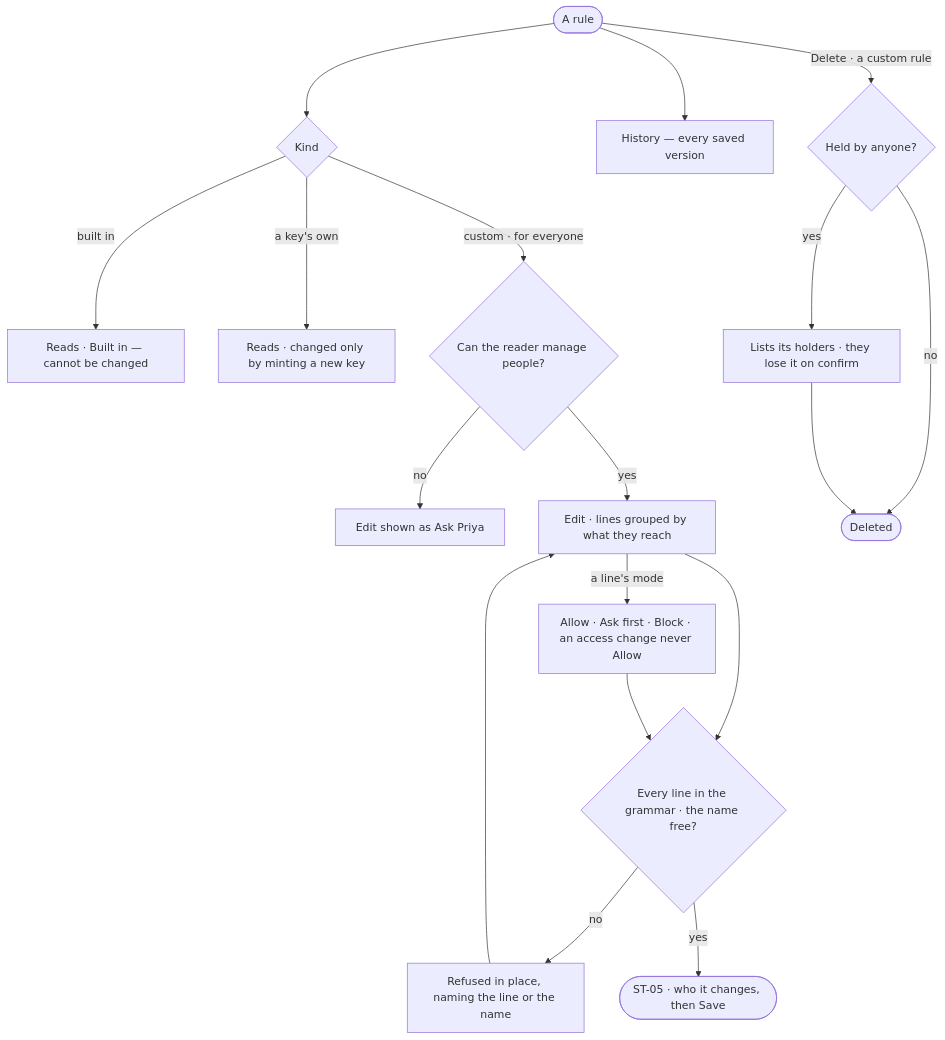
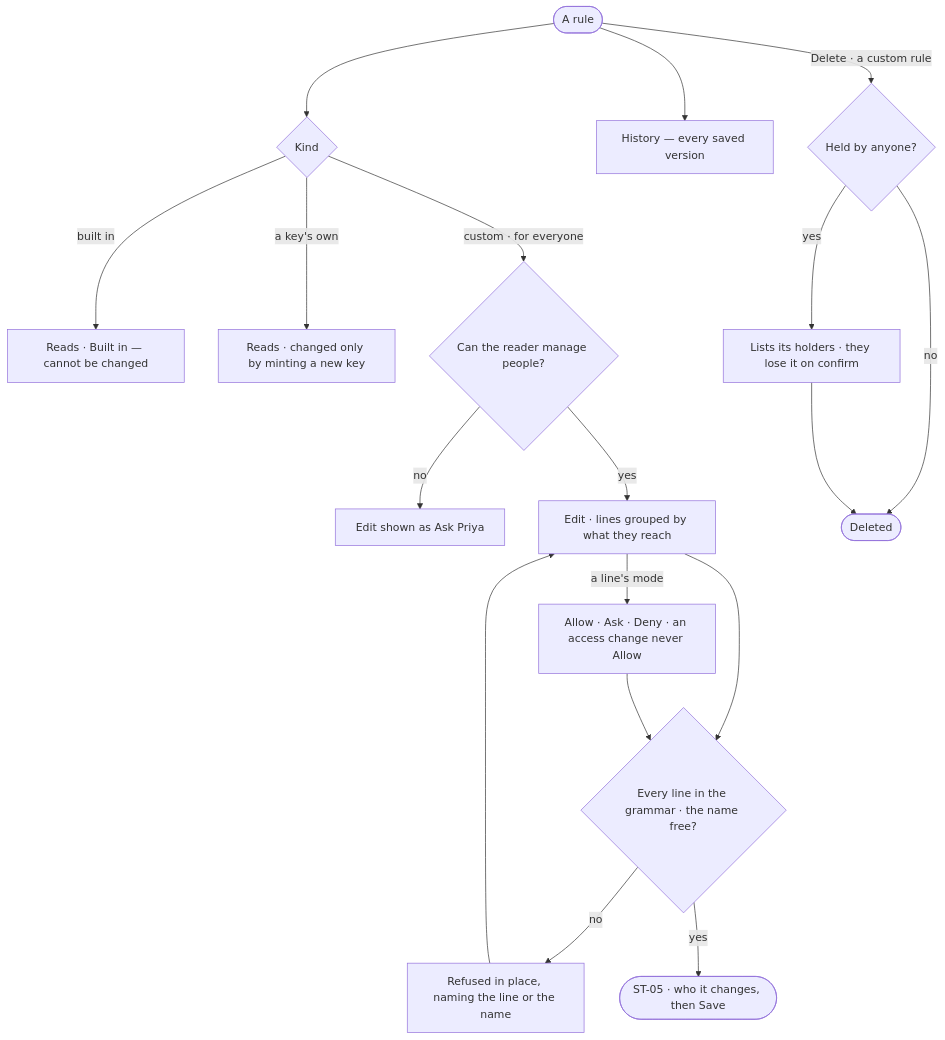
The diagram in specs/products/settings/features/ST-F02-people-and-access/stories/ST-02-say-exactly-what-an-access-rule-allows/story.md (invana/invana), drawn with Mermaid before and after one commit. The commit also changed other lines of this file and 30 other files, not shown here.

First line of the commit message:
docs: agent modes read Allow · Ask · Deny, set per Graph and per agent

````diff
--- a/specs/products/settings/features/ST-F02-people-and-access/stories/ST-02-say-exactly-what-an-access-rule-allows/story.md
+++ b/specs/products/settings/features/ST-F02-people-and-access/stories/ST-02-say-exactly-what-an-access-rule-allows/story.md
@@ -26,19 +26,19 @@
 ```mermaid
 flowchart TD
   r([A rule]) --> k{"Kind"}
   k -->|built in| bi["Reads · Built in — cannot be changed"]
   k -->|a key's own| ko["Reads · changed only by minting a new key"]
   k -->|custom · for everyone| ed{"Can the reader manage people?"}
   ed -->|no| ask["Edit shown as Ask Priya"]
   ed -->|yes| e["Edit · lines grouped by what they reach"]
   e --> v{"Every line in the grammar · the name free?"}
   v -->|no| ref["Refused in place, naming the line or the name"]
   ref --> e
   v -->|yes| imp(["ST-05 · who it changes, then Save"])
-  e -->|a line's mode| md["Allow · Ask first · Block · an access change never Allow"] --> v
+  e -->|a line's mode| md["Allow · Ask · Deny · an access change never Allow"] --> v
   r --> h["History — every saved version"]
   r -->|Delete · a custom rule| dl{"Held by anyone?"}
   dl -->|yes| hl["Lists its holders · they lose it on confirm"]
   dl -->|no| gone(["Deleted"])
   hl --> gone
 ```
````
